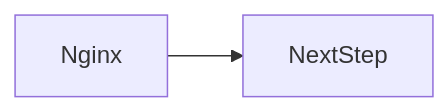
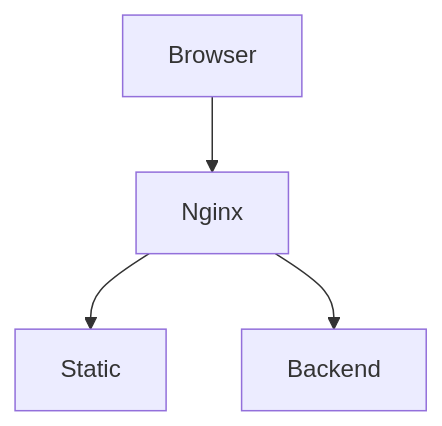
One commit to OmidJavaherii/Frontend-Engineering-Handbook changed the second of 2 diagrams in docs/en/19-deployment/nginx/index.md. Above: the diagram before and after it, drawn with Mermaid. The commit also changed other lines of this file and 461 other files, not shown here.

````diff
--- a/docs/en/19-deployment/nginx/index.md
+++ b/docs/en/19-deployment/nginx/index.md
@@ -95,4 +118,6 @@
 ```mermaid
-flowchart LR
-  concept[Nginx] --> nextStep[NextStep]
+flowchart TD
+  Browser --> Nginx
+  Nginx --> Static
+  Nginx --> API[Backend]
 ```
````
